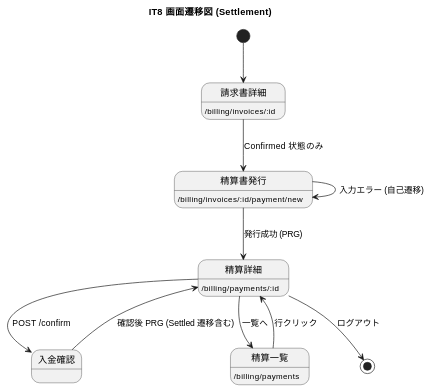
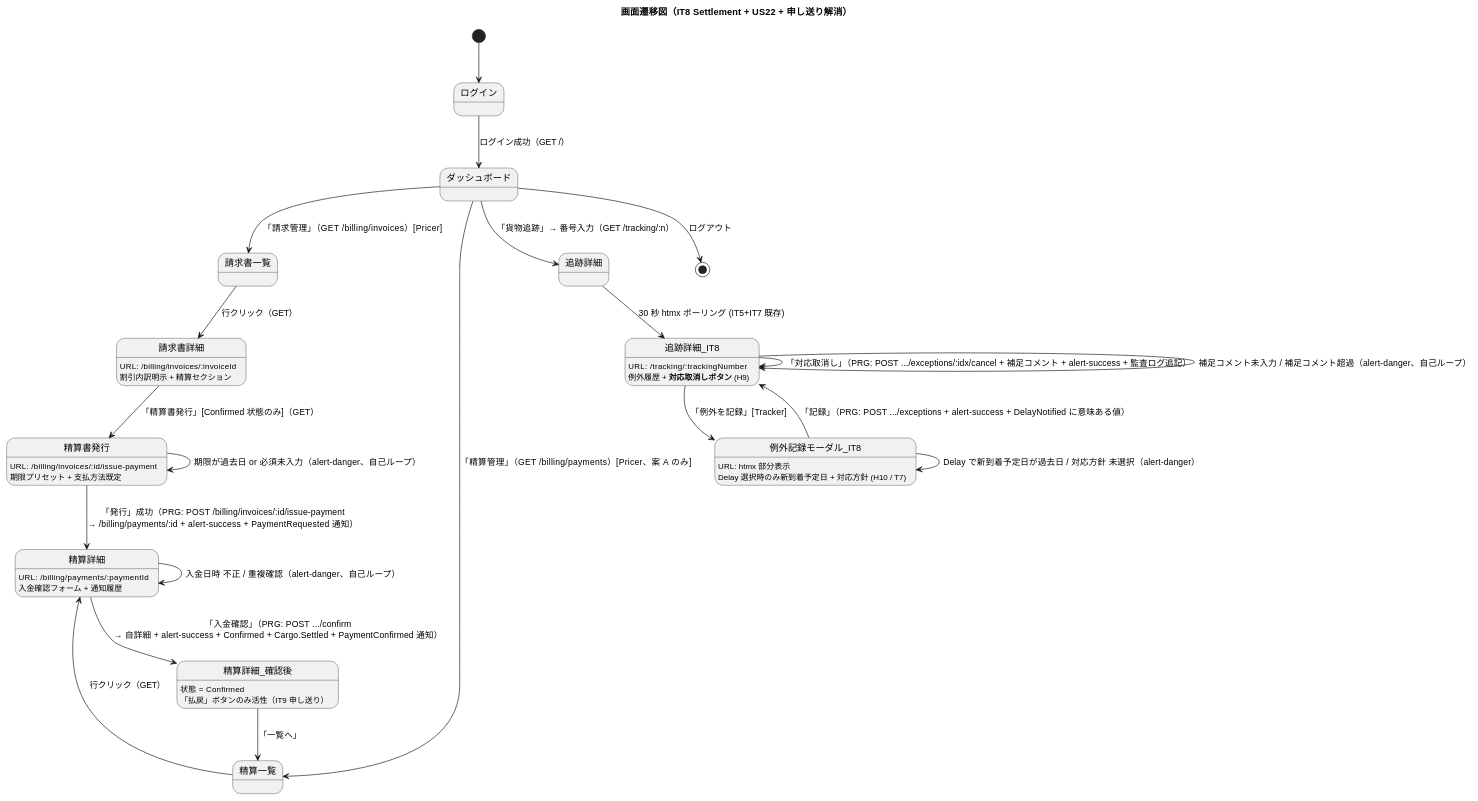
The fifth of 5 diagrams in docs/development/iteration_plan-8.md (k2works/case-study-cargo-tracker), drawn with PlantUML before and after one commit. The commit also changed other lines of this file, not shown here.

````diff
--- a/docs/development/iteration_plan-8.md
+++ b/docs/development/iteration_plan-8.md
@@ -365,22 +754,43 @@
 ```plantuml
 @startuml
-title IT8 画面遷移図 (Settlement)
 
-[*] --> 請求書詳細
-請求書詳細 : /billing/invoices/:id
-請求書詳細 --> 精算書発行 : Confirmed 状態のみ
-精算書発行 : /billing/invoices/:id/payment/new
-精算書発行 --> 精算詳細 : 発行成功 (PRG)
-精算書発行 --> 精算書発行 : 入力エラー (自己遷移)
+title 画面遷移図（IT8 Settlement + US22 + 申し送り解消）
 
-精算詳細 : /billing/payments/:id
-精算詳細 --> 入金確認 : POST /confirm
-入金確認 --> 精算詳細 : 確認後 PRG (Settled 遷移含む)
+[*] --> ログイン
+state ログイン
+ログイン --> ダッシュボード : ログイン成功（GET /）
 
-精算詳細 --> 精算一覧 : 一覧へ
-精算一覧 : /billing/payments
-精算一覧 --> 精算詳細 : 行クリック
+state ダッシュボード
+ダッシュボード --> 請求書一覧 : 「請求管理」（GET /billing/invoices）[Pricer]
+ダッシュボード --> 精算一覧 : 「精算管理」（GET /billing/payments）[Pricer、案 A のみ]
+ダッシュボード --> 追跡詳細 : 「貨物追跡」→ 番号入力（GET /tracking/:n）
 
-精算詳細 --> [*] : ログアウト
+state 請求書詳細 : URL: /billing/invoices/:invoiceId\n割引内訳明示 + 精算セクション
+請求書一覧 --> 請求書詳細 : 行クリック（GET）
+請求書詳細 --> 精算書発行 : 「精算書発行」[Confirmed 状態のみ]（GET）
+
+state 精算書発行 : URL: /billing/invoices/:id/issue-payment\n期限プリセット + 支払方法既定
+精算書発行 --> 精算詳細 : 「発行」成功（PRG: POST /billing/invoices/:id/issue-payment\n→ /billing/payments/:id + alert-success + PaymentRequested 通知）
+精算書発行 --> 精算書発行 : 期限が過去日 or 必須未入力（alert-danger、自己ループ）
+
+state 精算詳細 : URL: /billing/payments/:paymentId\n入金確認フォーム + 通知履歴
+精算一覧 --> 精算詳細 : 行クリック（GET）
+精算詳細 --> 精算詳細_確認後 : 「入金確認」（PRG: POST .../confirm\n→ 自詳細 + alert-success + Confirmed + Cargo.Settled + PaymentConfirmed 通知）
+精算詳細 --> 精算詳細 : 入金日時 不正 / 重複確認（alert-danger、自己ループ）
+
+state 精算詳細_確認後 : 状態 = Confirmed\n「払戻」ボタンのみ活性（IT9 申し送り）
+精算詳細_確認後 --> 精算一覧 : 「一覧へ」
+
+state 追跡詳細_IT8 : URL: /tracking/:trackingNumber\n例外履歴 + <b>対応取消しボタン</b> (H9)
+追跡詳細 --> 追跡詳細_IT8 : 30 秒 htmx ポーリング (IT5+IT7 既存)
+追跡詳細_IT8 --> 追跡詳細_IT8 : 「対応取消し」（PRG: POST .../exceptions/:idx/cancel + 補足コメント + alert-success + 監査ログ追記）
+追跡詳細_IT8 --> 追跡詳細_IT8 : 補足コメント未入力 / 補足コメント超過（alert-danger、自己ループ）
+
+state 例外記録モーダル_IT8 : URL: htmx 部分表示\nDelay 選択時のみ新到着予定日 + 対応方針 (H10 / T7)
+追跡詳細_IT8 --> 例外記録モーダル_IT8 : 「例外を記録」[Tracker]
+例外記録モーダル_IT8 --> 追跡詳細_IT8 : 「記録」（PRG: POST .../exceptions + alert-success + DelayNotified に意味ある値）
+例外記録モーダル_IT8 --> 例外記録モーダル_IT8 : Delay で新到着予定日が過去日 / 対応方針 未選択（alert-danger）
+
+ダッシュボード --> [*] : ログアウト
 @enduml
 ```
````
